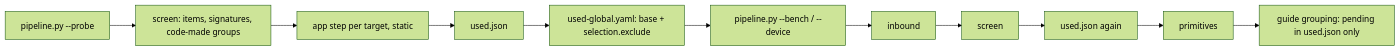
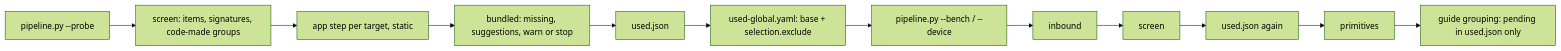
One commit to JuneKim0007/cryptobenchmark changed the diagram in perf-repair/docs/used-set.md. Above: the diagram before and after it, drawn with Mermaid (forest theme). The commit also changed other lines of this file and 30 other files, not shown here.

````diff
--- a/perf-repair/docs/used-set.md
+++ b/perf-repair/docs/used-set.md
@@ -5,6 +5,6 @@
 ```mermaid
 flowchart LR
     P[pipeline.py --probe] --> S[screen: items, signatures, code-made groups] --> D[app step per target, static]
-    D --> U[used.json] --> X[used-global.yaml: base + selection.exclude] --> B[pipeline.py --bench / --device]
+    D --> K[bundled: missing, suggestions, warn or stop] --> U[used.json] --> X[used-global.yaml: base + selection.exclude] --> B[pipeline.py --bench / --device]
     B --> I[inbound] --> S2[screen] --> U2[used.json again] --> T[primitives] --> G[guide grouping: pending in used.json only]
 ```
````
